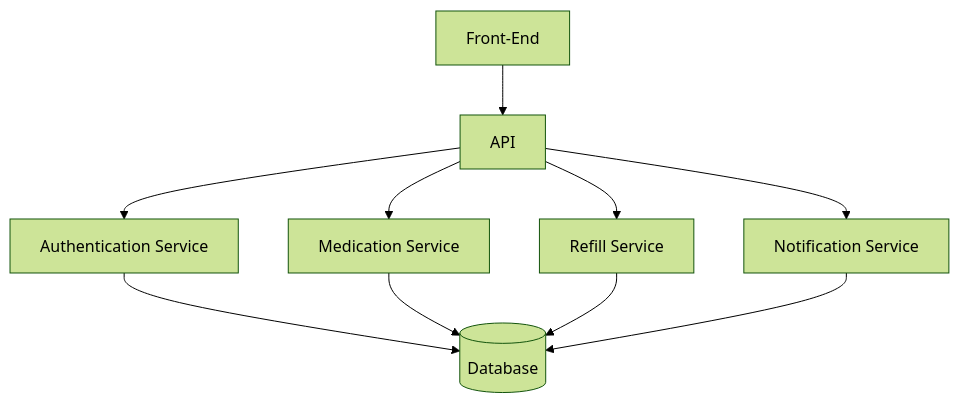
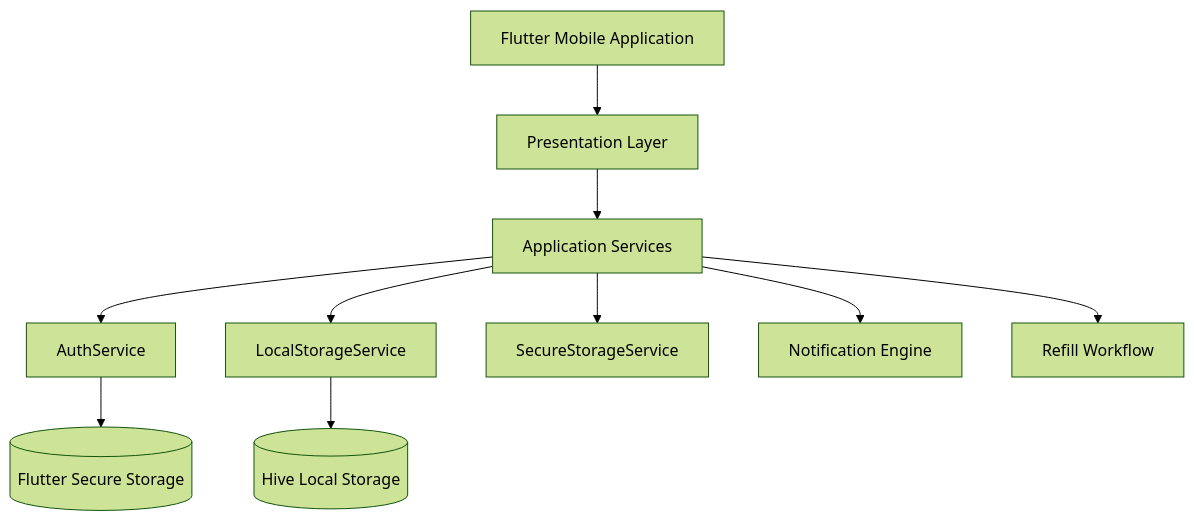
The first of 8 diagrams in Teamwork/backEnd-visuals.md (rxanderx/CSE-397-RxNOW), drawn with Mermaid (forest theme) before and after one commit. The commit also changed other lines of this file, not shown here.

````diff
--- a/Teamwork/backEnd-visuals.md
+++ b/Teamwork/backEnd-visuals.md
@@ -5,14 +7,19 @@
 ```mermaid
 flowchart TD
-    A[Front-End] --> B[API]
 
-    B --> C[Authentication Service]
-    B --> D[Medication Service]
-    B --> E[Refill Service]
-    B --> F[Notification Service]
+    A[Flutter Mobile Application]
 
-    C --> G[(Database)]
-    D --> G
-    E --> G
-    F --> G
+    A --> B[Presentation Layer]
+
+    B --> C[Application Services]
+
+    C --> D[AuthService]
+    C --> E[LocalStorageService]
+    C --> F[SecureStorageService]
+    C --> G[Notification Engine]
+    C --> H[Refill Workflow]
+
+    E --> I[(Hive Local Storage)]
+
+    D --> J[(Flutter Secure Storage)]
 ```
````
